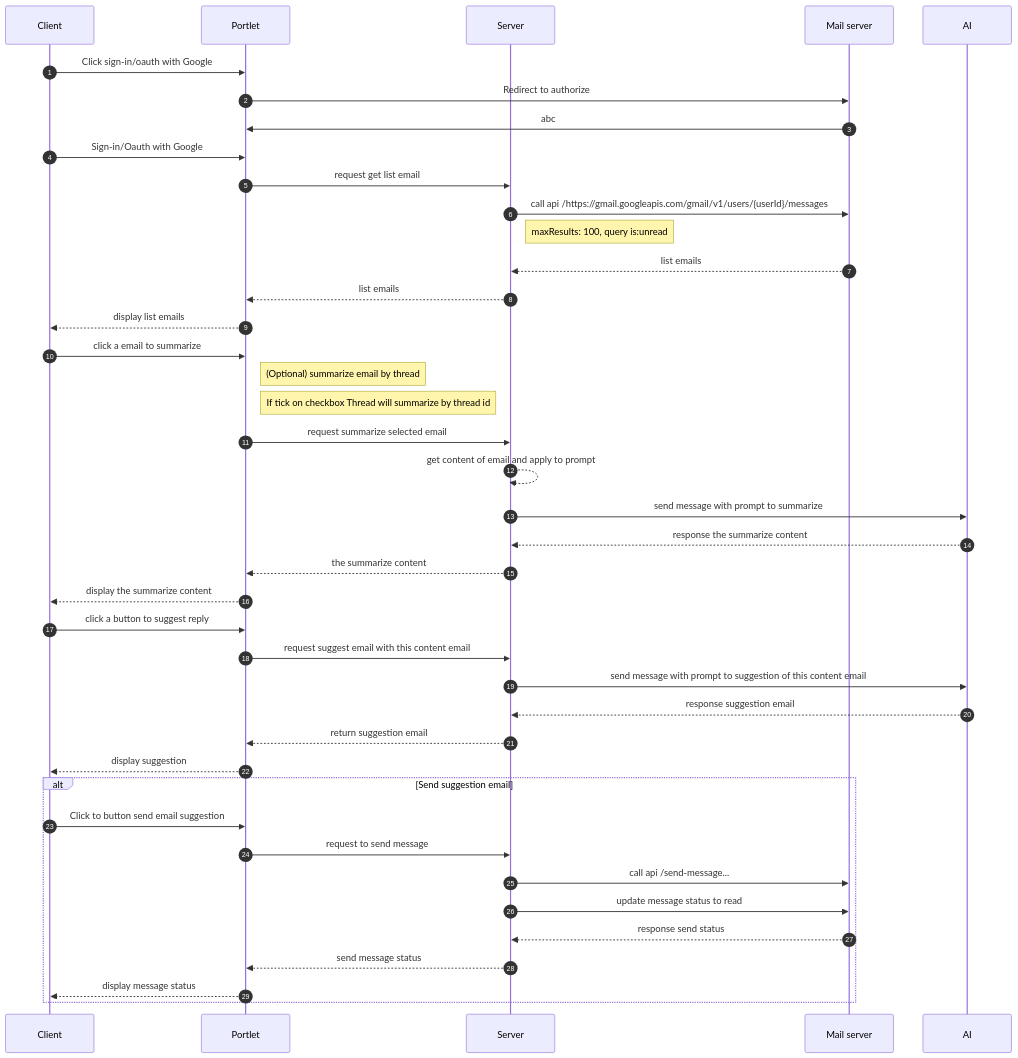
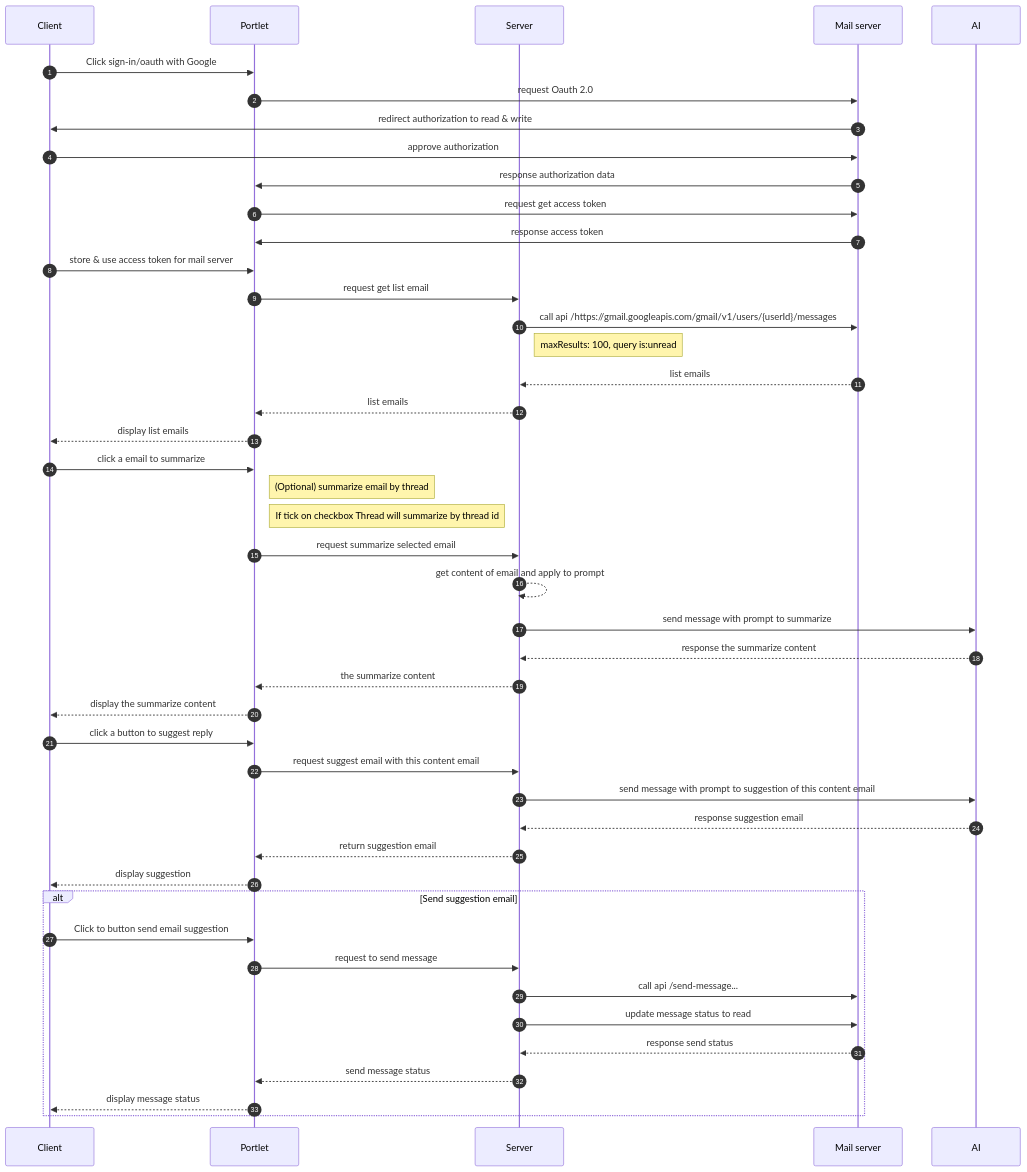
The diagram in documentations/sequence_detail.md (DoanNguyenLam/AzingV2Poc), drawn with Mermaid before and after one commit.

Commit message:
update: Oauth flow

````diff
--- a/documentations/sequence_detail.md
+++ b/documentations/sequence_detail.md
@@ -3,50 +3,54 @@
 ```mermaid
 sequenceDiagram
     autonumber
     participant c as Client
     participant p as Portlet
     participant s as Server
     participant m as Mail server
     participant ai as AI
     
     c ->> p: Click sign-in/oauth with Google
-    p ->> m: Redirect to authorize
-    m ->> p: abc
+    p ->> m: request Oauth 2.0
+    m ->> c: redirect authorization to read & write
+    c ->> m: approve authorization
+    m ->> p: response authorization data
+    p ->> m: request get access token
+    m ->> p: response access token
     
-    c ->> p: Sign-in/Oauth with Google
+    c ->> p: store & use access token for mail server
     p ->> s: request get list email
     s ->> m: call api /https://gmail.googleapis.com/gmail/v1/users/{userId}/messages
     Note right of s: maxResults: 100, query is:unread
     m -->> s: list emails
     s -->> p: list emails
     p -->> c: display list emails
     
     c ->> p: click a email to summarize
     Note right of p: (Optional) summarize email by thread
     Note right of p: If tick on checkbox Thread will summarize by thread id
     
     p ->> s: request summarize selected email
     s -->> s: get content of email and apply to prompt
     s ->> ai: send message with prompt to summarize
     ai -->> s: response the summarize content
     s -->> p: the summarize content
     p -->> c: display the summarize content
 
     c ->> p: click a button to suggest reply
     p ->> s: request suggest email with this content email
     s ->> ai: send message with prompt to suggestion of this content email
     ai -->> s: response suggestion email
     s -->> p: return suggestion email
     p -->> c: display suggestion
     
     alt Send suggestion email
     c ->> p: Click to button send email suggestion
     p ->> s: request to send message
     s ->> m: call api /send-message...
     s ->> m: update message status to read
     m -->> s: response send status
     s -->> p: send message status
     p -->> c: display message status
     end
     
 ```
````
